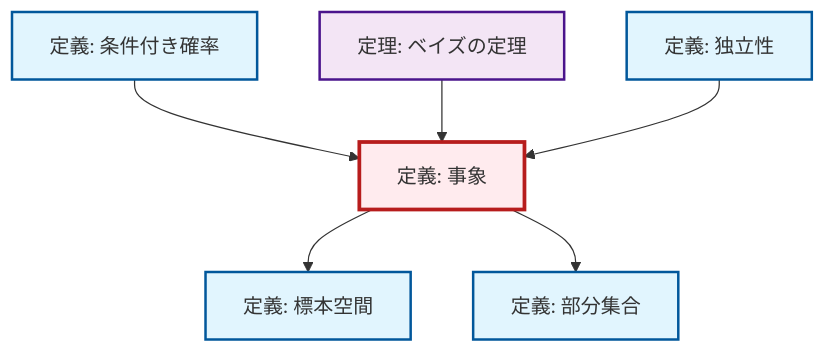
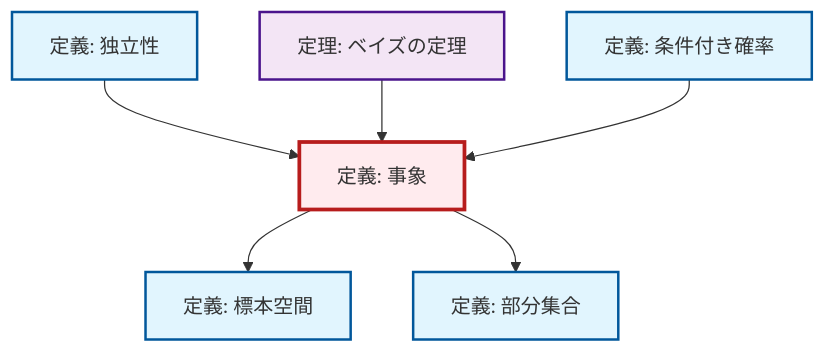
One commit to RK0429/ModernMath changed the diagram in content/ja/probability-statistics/def-event.qmd. Above: the diagram before and after it, drawn with Mermaid. The commit also changed 672 other files, not shown here.

````diff
--- a/content/ja/probability-statistics/def-event.qmd
+++ b/content/ja/probability-statistics/def-event.qmd
@@ -70,26 +70,26 @@
 ```{mermaid}
-%%| fig-cap: "Local dependency graph"
+%%| fig-cap: "ローカル依存関係グラフ"
 graph TD
     classDef definition fill:#e1f5fe,stroke:#01579b,stroke-width:2px
     classDef theorem fill:#f3e5f5,stroke:#4a148c,stroke-width:2px
     classDef axiom fill:#fff3e0,stroke:#e65100,stroke-width:2px
     classDef example fill:#e8f5e9,stroke:#1b5e20,stroke-width:2px
     classDef current fill:#ffebee,stroke:#b71c1c,stroke-width:3px
-    def-conditional-probability["定義: 条件付き確率"]:::definition
-    def-subset["定義: 部分集合"]:::definition
     thm-bayes["定理: ベイズの定理"]:::theorem
-    def-event["定義: 事象"]:::definition
     def-independence["定義: 独立性"]:::definition
     def-sample-space["定義: 標本空間"]:::definition
+    def-event["定義: 事象"]:::definition
+    def-subset["定義: 部分集合"]:::definition
+    def-conditional-probability["定義: 条件付き確率"]:::definition
+    def-independence --> def-event
+    thm-bayes --> def-event
     def-event --> def-sample-space
     def-conditional-probability --> def-event
-    thm-bayes --> def-event
     def-event --> def-subset
-    def-independence --> def-event
     class def-event current
-    click def-conditional-probability "def-conditional-probability.html" "条件付き確率の定義へ"
-    click def-subset "def-subset.html" "部分集合の定義へ"
     click thm-bayes "thm-bayes.html" "ベイズの定理の定理へ"
     click def-independence "def-independence.html" "独立性の定義へ"
     click def-sample-space "def-sample-space.html" "標本空間の定義へ"
+    click def-subset "def-subset.html" "部分集合の定義へ"
+    click def-conditional-probability "def-conditional-probability.html" "条件付き確率の定義へ"
 ```
````
